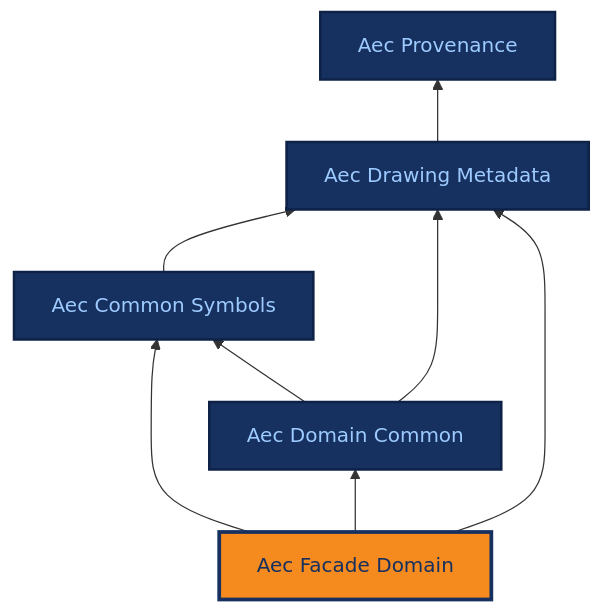
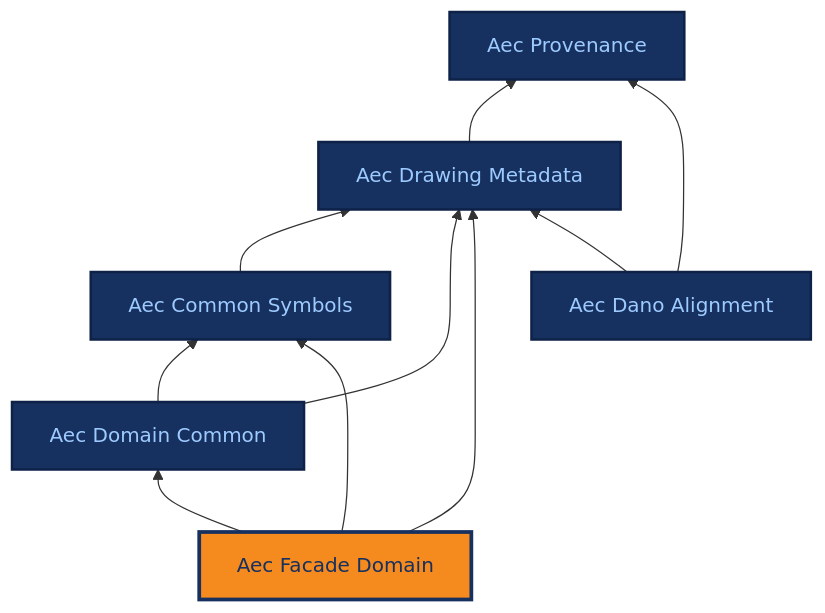
Before and after one commit to BuroHappoldMachineLearning/ADIRO: the diagram in docs/ontologies/aec_facade_domain.md, drawn with Mermaid. The commit also changed 11 other files, not shown here.

````diff
--- a/docs/ontologies/aec_facade_domain.md
+++ b/docs/ontologies/aec_facade_domain.md
@@ -17,25 +17,29 @@
 ```mermaid
 %%{init: {"themeCSS": ".base .nodeLabel,.base .nodeLabel p,.base text,.base tspan{fill:#9ecbff !important;color:#9ecbff !important}.current .nodeLabel,.current .nodeLabel p,.current text,.current tspan{fill:#16305f !important;color:#16305f !important}"} }%%
 graph BT
     aec_provenance["Aec Provenance"]
     aec_drawing_metadata["Aec Drawing Metadata"]
     aec_common_symbols["Aec Common Symbols"]
     aec_domain_common["Aec Domain Common"]
     aec_facade_domain["Aec Facade Domain"]
+    aec_dano_alignment["Aec Dano Alignment"]
     aec_drawing_metadata --> aec_provenance
     aec_common_symbols --> aec_drawing_metadata
     aec_domain_common --> aec_common_symbols
     aec_domain_common --> aec_drawing_metadata
     aec_facade_domain --> aec_common_symbols
     aec_facade_domain --> aec_domain_common
     aec_facade_domain --> aec_drawing_metadata
+    aec_dano_alignment --> aec_drawing_metadata
+    aec_dano_alignment --> aec_provenance
     click aec_provenance "../aec_provenance/" "Aec Provenance reference page"
     click aec_drawing_metadata "../aec_drawing_metadata/" "Aec Drawing Metadata reference page"
     click aec_common_symbols "../aec_common_symbols/" "Aec Common Symbols reference page"
     click aec_domain_common "../aec_domain_common/" "Aec Domain Common reference page"
     click aec_facade_domain "../aec_facade_domain/" "Aec Facade Domain reference page"
+    click aec_dano_alignment "../aec_dano_alignment/" "Aec Dano Alignment reference page"
     classDef base fill:#16305f,stroke:#0e2247,stroke-width:2px,color:#9ecbff;
-    class aec_provenance,aec_drawing_metadata,aec_common_symbols,aec_domain_common base;
+    class aec_provenance,aec_drawing_metadata,aec_common_symbols,aec_domain_common,aec_dano_alignment base;
     classDef current fill:#f58a1f,stroke:#16305f,stroke-width:3px,color:#16305f;
     class aec_facade_domain current;
 ```
````
